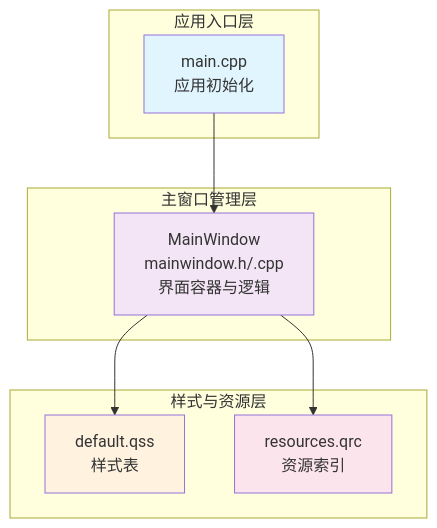
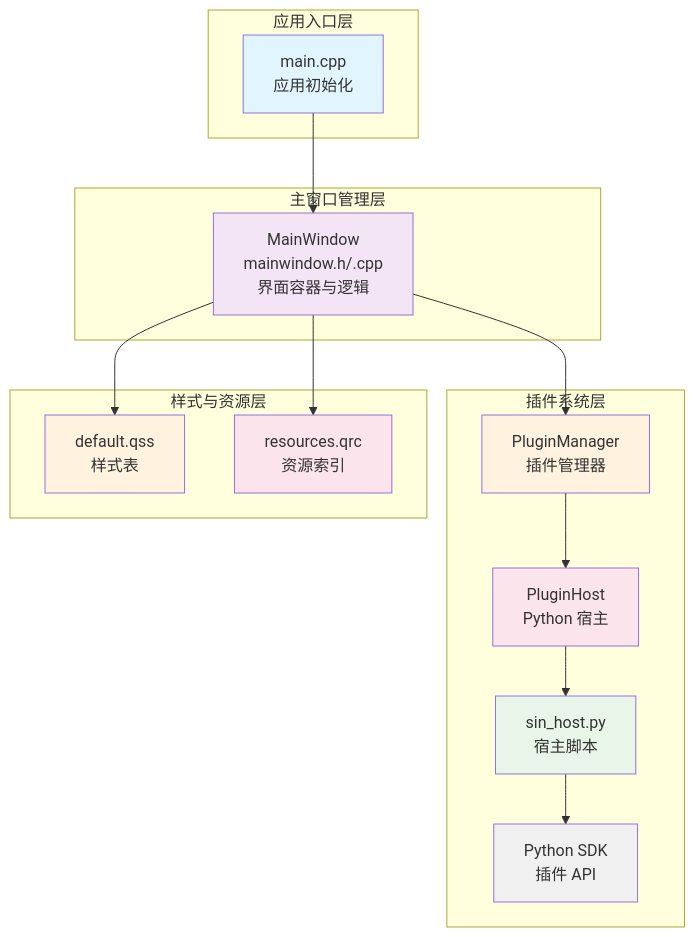
One commit to jakecai1225-design/OpenBus changed the second of 4 diagrams in .qoder/repowiki/zh/content/项目概述/项目概述.md. Above: the diagram before and after it, drawn with Mermaid. The commit also changed other lines of this file and 22 other files, not shown here.

````diff
--- a/.qoder/repowiki/zh/content/项目概述/项目概述.md
+++ b/.qoder/repowiki/zh/content/项目概述/项目概述.md
@@ -116,20 +142,34 @@
 ```mermaid
 graph TB
 subgraph "应用入口层"
 M["main.cpp<br/>应用初始化"]
 end
 subgraph "主窗口管理层"
 MW["MainWindow<br/>mainwindow.h/.cpp<br/>界面容器与逻辑"]
 end
+subgraph "插件系统层"
+PM["PluginManager<br/>插件管理器"]
+PH["PluginHost<br/>Python 宿主"]
+SH["sin_host.py<br/>宿主脚本"]
+SDK["Python SDK<br/>插件 API"]
+end
 subgraph "样式与资源层"
 QSS["default.qss<br/>样式表"]
 QRC["resources.qrc<br/>资源索引"]
 end
 M --> MW
+MW --> PM
+PM --> PH
+PH --> SH
+SH --> SDK
 MW --> QSS
 MW --> QRC
 style M fill:#e1f5fe
 style MW fill:#f3e5f5
+style PM fill:#fff3e0
+style PH fill:#fce4ec
+style SH fill:#e8f5e8
+style SDK fill:#f0f0f0
 style QSS fill:#fff3e0
 style QRC fill:#fce4ec
 ```
````
